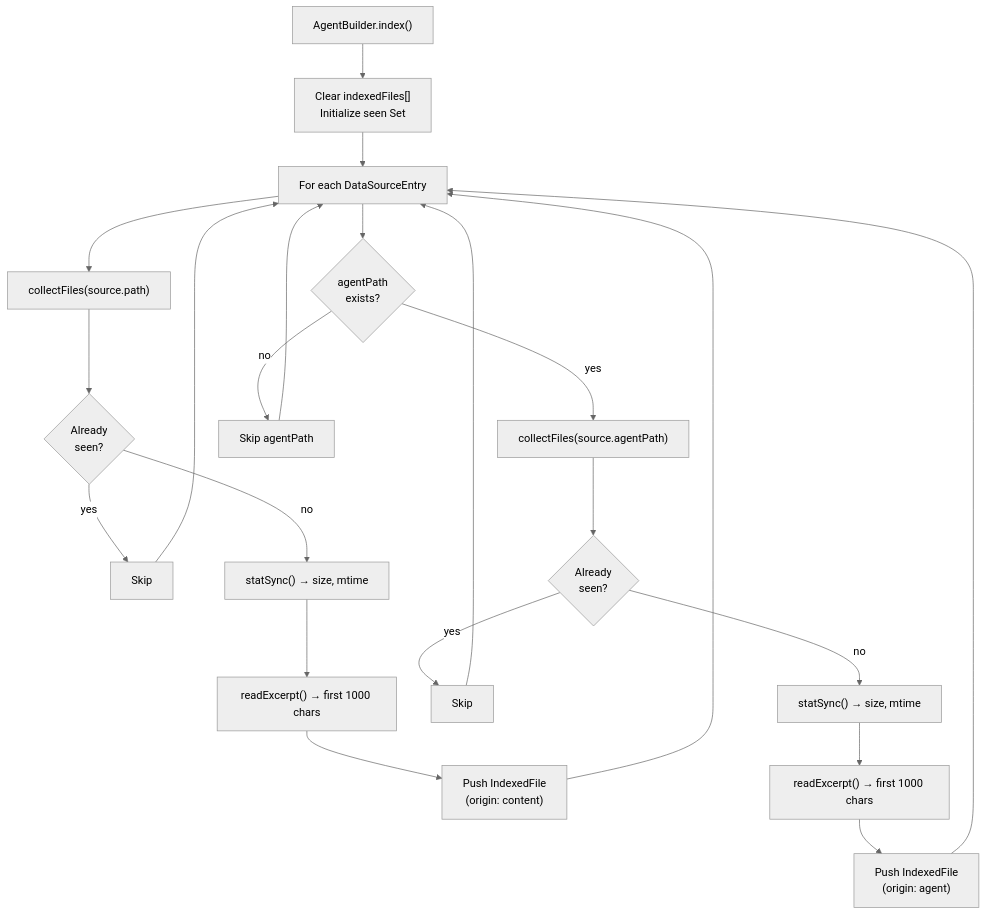
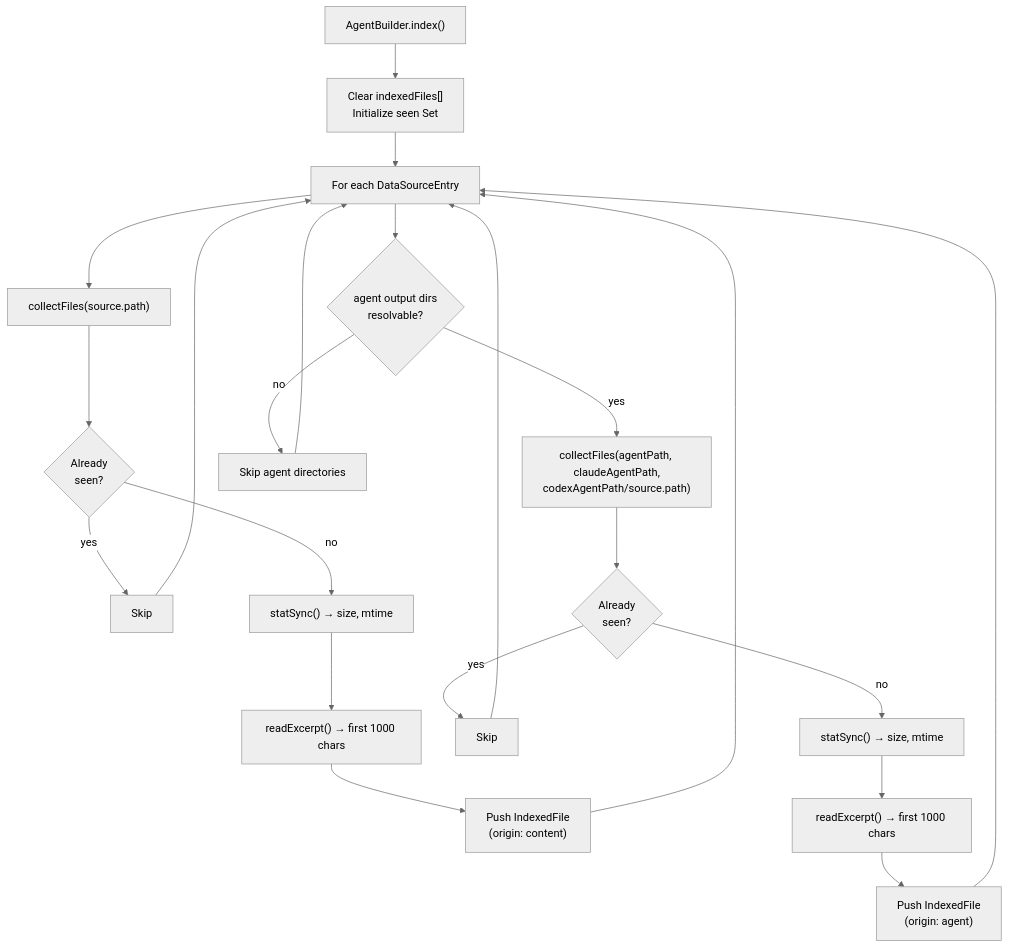
The sixth of 12 diagrams in server/zz-reach2/architecture/agents/archi-agent-builder.md (Kyliathy/context-core), drawn with Mermaid (neutral theme) before and after one commit. The commit also changed other lines of this file and 23 other files, not shown here.

First line of the commit message:
feat(agent-builder): add Codex agent support and improve multi-path handling

````diff
--- a/server/zz-reach2/architecture/agents/archi-agent-builder.md
+++ b/server/zz-reach2/architecture/agents/archi-agent-builder.md
@@ -308,26 +342,26 @@
 ```mermaid
 flowchart TD
     START["AgentBuilder.index()"] --> RESET["Clear indexedFiles[]<br/>Initialize seen Set"]
     RESET --> LOOP["For each DataSourceEntry"]
     LOOP --> CONTENT["collectFiles(source.path)"]
     CONTENT --> DEDUP1{"Already<br/>seen?"}
     DEDUP1 -->|yes| SKIP1["Skip"]
     DEDUP1 -->|no| STAT1["statSync() → size, mtime"]
     STAT1 --> READ1["readExcerpt() → first 1000 chars"]
     READ1 --> PUSH1["Push IndexedFile<br/>(origin: content)"]
 
-    LOOP --> AGENT{"agentPath<br/>exists?"}
-    AGENT -->|yes| AGENTFILES["collectFiles(source.agentPath)"]
+    LOOP --> AGENT{"agent output dirs<br/>resolvable?"}
+    AGENT -->|yes| AGENTFILES["collectFiles(agentPath, claudeAgentPath,<br/>codexAgentPath/source.path)"]
     AGENTFILES --> DEDUP2{"Already<br/>seen?"}
     DEDUP2 -->|yes| SKIP2["Skip"]
     DEDUP2 -->|no| STAT2["statSync() → size, mtime"]
     STAT2 --> READ2["readExcerpt() → first 1000 chars"]
     READ2 --> PUSH2["Push IndexedFile<br/>(origin: agent)"]
-    AGENT -->|no| SKIP3["Skip agentPath"]
+    AGENT -->|no| SKIP3["Skip agent directories"]
 
     PUSH1 --> LOOP
     PUSH2 --> LOOP
     SKIP1 --> LOOP
     SKIP2 --> LOOP
     SKIP3 --> LOOP
 ```
````
